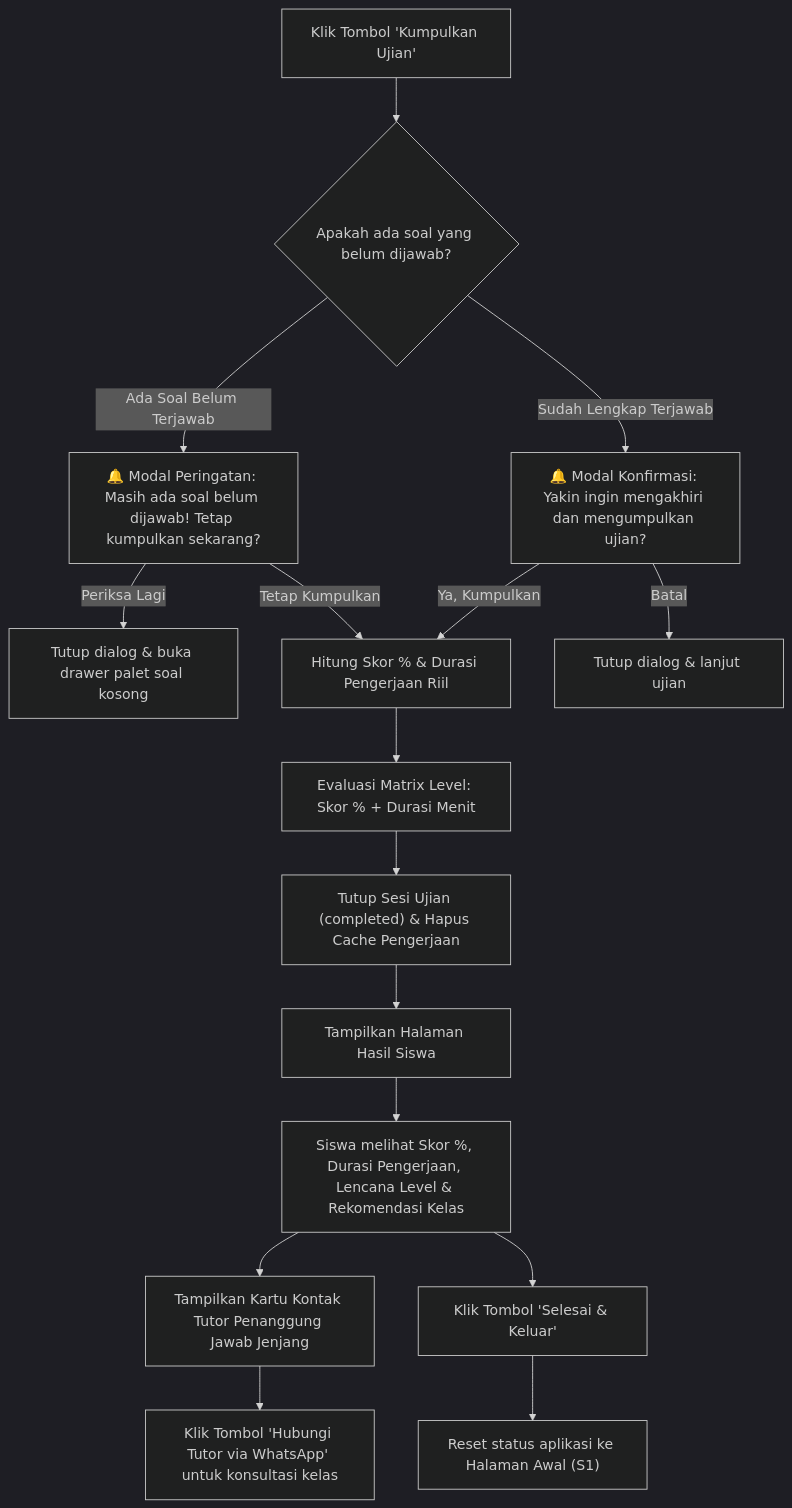
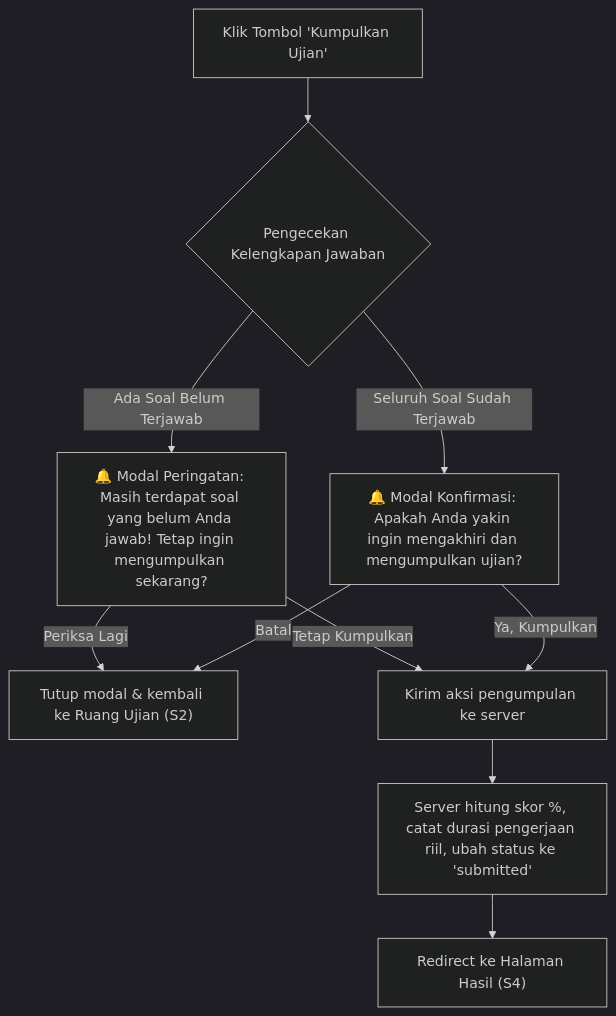
Before and after one commit to septianof/up-speaking: the third of 13 diagrams in UI_FLOW.md, drawn with Mermaid (dark theme). The commit also changed other lines of this file and 3 other files, not shown here.

Commit message:
docs: perbarui prd, ui flow, task breakdown, dan agents sesuai arsitektur baru

````diff
--- a/UI_FLOW.md
+++ b/UI_FLOW.md
@@ -172,23 +149,16 @@
 ```mermaid
 flowchart TD
-    A["Klik Tombol 'Kumpulkan Ujian'"] --> B{"Apakah ada soal yang belum dijawab?"}
-    
-    B -->|Ada Soal Belum Terjawab| C["🔔 Modal Peringatan: Masih ada soal belum dijawab! Tetap kumpulkan sekarang?"]
-    B -->|Sudah Lengkap Terjawab| D["🔔 Modal Konfirmasi: Yakin ingin mengakhiri dan mengumpulkan ujian?"]
+    A["Klik Tombol 'Kumpulkan Ujian'"] --> B{"Pengecekan Kelengkapan Jawaban"}
 
-    C -->|Periksa Lagi| E["Tutup dialog & buka drawer palet soal kosong"]
-    C -->|Tetap Kumpulkan| F["Hitung Skor % & Durasi Pengerjaan Riil"]
-    
-    D -->|Batal| E2["Tutup dialog & lanjut ujian"]
+    B -->|Ada Soal Belum Terjawab| C["🔔 Modal Peringatan: Masih terdapat soal yang belum Anda jawab! Tetap ingin mengumpulkan sekarang?"]
+    B -->|Seluruh Soal Sudah Terjawab| D["🔔 Modal Konfirmasi: Apakah Anda yakin ingin mengakhiri dan mengumpulkan ujian?"]
+
+    C -->|Periksa Lagi| E["Tutup modal & kembali ke Ruang Ujian (S2)"]
+    C -->|Tetap Kumpulkan| F["Kirim aksi pengumpulan ke server"]
+
+    D -->|Batal| E
     D -->|Ya, Kumpulkan| F
 
-    F --> F1["Evaluasi Matrix Level: Skor % + Durasi Menit"]
-    F1 --> G["Tutup Sesi Ujian (completed) & Hapus Cache Pengerjaan"]
-    G --> H["Tampilkan Halaman Hasil Siswa"]
-    
-    H --> I["Siswa melihat Skor %, Durasi Pengerjaan, Lencana Level & Rekomendasi Kelas"]
-    I --> I1["Tampilkan Kartu Kontak Tutor Penanggung Jawab Jenjang"]
-    I1 --> I2["Klik Tombol 'Hubungi Tutor via WhatsApp' untuk konsultasi kelas"]
-    I --> J["Klik Tombol 'Selesai & Keluar'"]
-    J --> K["Reset status aplikasi ke Halaman Awal (S1)"]
+    F --> G["Server hitung skor %, catat durasi pengerjaan riil, ubah status ke 'submitted'"]
+    G --> H["Redirect ke Halaman Hasil (S4)"]
 ```
````
